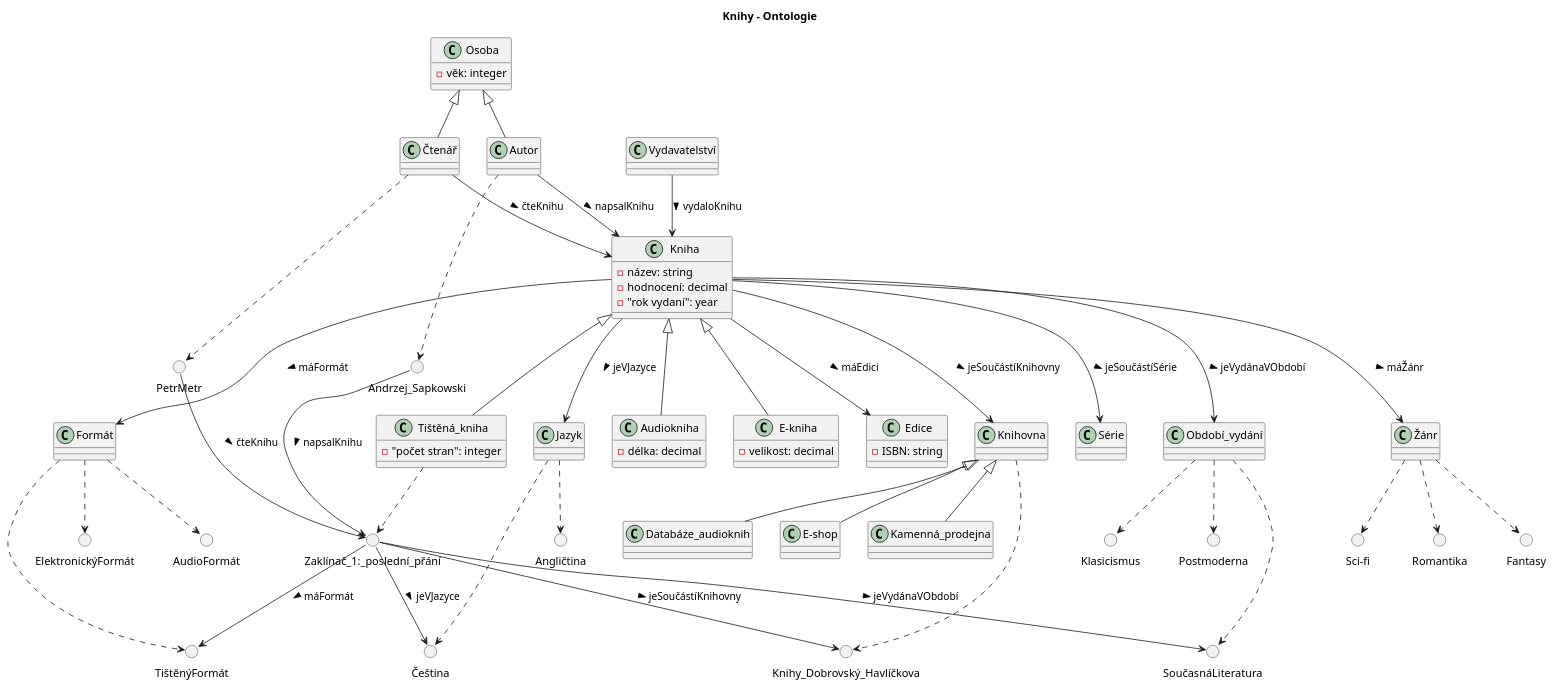
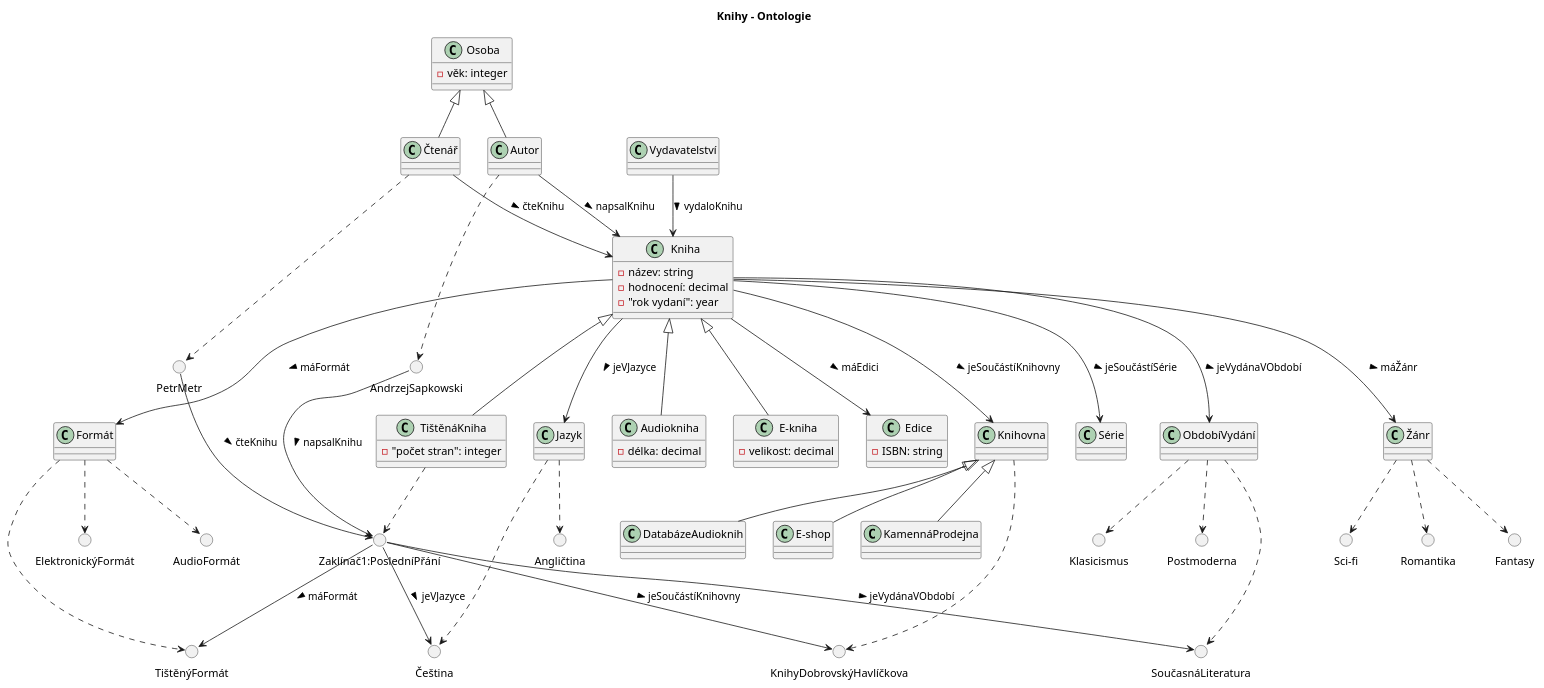
One commit to maxa-ondrej/4IZ232-umela-inteligence changed the diagram in protege/analyza/ontologie.puml. Above: the diagram before and after it, drawn with PlantUML. The commit also changed 1 other file, not shown here.

```diff
--- a/protege/analyza/ontologie.puml
+++ b/protege/analyza/ontologie.puml
@@ -1,106 +1,106 @@
 @startuml
 
 title Knihy - Ontologie
     
 class "Kniha" {
     - název: string
     - hodnocení: decimal
     - "rok vydaní": year
 }
 
-class "Tištěná_kniha" {
+class "TištěnáKniha" {
     - "počet stran": integer
 }
-Kniha <|-- "Tištěná_kniha"
-() "Zaklínač_1:_poslední_přání"
-"Tištěná_kniha" ..> "Zaklínač_1:_poslední_přání"
+Kniha <|-- "TištěnáKniha"
+() "Zaklínač1:PosledníPřání"
+"TištěnáKniha" ..> "Zaklínač1:PosledníPřání"
 
 
 class "Audiokniha" {
     - délka: decimal
 }
 Kniha <|-- "Audiokniha"
 
 class "E-kniha" {
     - velikost: decimal
 }
 Kniha <|-- "E-kniha"
 
 class "Osoba" {
     - věk: integer
 }
 
 class "Čtenář"
 Osoba <|-- "Čtenář"
 "Čtenář" --> "Kniha" : čteKnihu >
 () "PetrMetr"
 "Čtenář" ..> "PetrMetr"
-"PetrMetr" --> "Zaklínač_1:_poslední_přání" : čteKnihu >
+"PetrMetr" --> "Zaklínač1:PosledníPřání" : čteKnihu >
 
 class "Autor"
 Osoba <|-- "Autor"
 "Autor" --> "Kniha" : napsalKnihu >
-() "Andrzej_Sapkowski"
-"Autor" ..> "Andrzej_Sapkowski"
-"Andrzej_Sapkowski" --> "Zaklínač_1:_poslední_přání" : napsalKnihu >
+() "AndrzejSapkowski"
+"Autor" ..> "AndrzejSapkowski"
+"AndrzejSapkowski" --> "Zaklínač1:PosledníPřání" : napsalKnihu >
 
 class "Edice" {
     - ISBN: string
 }
 "Kniha" --> "Edice" : máEdici >
 
 class "Formát"
 "Kniha" --> "Formát" : máFormát >
 () "TištěnýFormát"
 "Formát" ..> "TištěnýFormát"
-"Zaklínač_1:_poslední_přání" --> "TištěnýFormát" : máFormát >
+"Zaklínač1:PosledníPřání" --> "TištěnýFormát" : máFormát >
 () "ElektronickýFormát"
 "Formát" ..> "ElektronickýFormát"
 () "AudioFormát"
 "Formát" ..> "AudioFormát"
 
 class "Jazyk"
 "Kniha" --> "Jazyk" : jeVJazyce >
 () "Čeština"
 "Jazyk" ..> "Čeština"
-"Zaklínač_1:_poslední_přání" --> "Čeština" : jeVJazyce >
+"Zaklínač1:PosledníPřání" --> "Čeština" : jeVJazyce >
 () "Angličtina"
 "Jazyk" ..> "Angličtina"
 
 class "Knihovna"
 "Kniha" --> "Knihovna" : jeSoučástíKnihovny >
-class "Databáze_audioknih"
-Knihovna <|-- "Databáze_audioknih"
+class "DatabázeAudioknih"
+Knihovna <|-- "DatabázeAudioknih"
 class "E-shop"
 Knihovna <|-- "E-shop"
-class "Kamenná_prodejna"
-Knihovna <|-- "Kamenná_prodejna"
-() "Knihy_Dobrovský_Havlíčkova"
-"Knihovna" ..> "Knihy_Dobrovský_Havlíčkova"
-"Zaklínač_1:_poslední_přání" --> "Knihy_Dobrovský_Havlíčkova" : jeSoučástíKnihovny >
+class "KamennáProdejna"
+Knihovna <|-- "KamennáProdejna"
+() "KnihyDobrovskýHavlíčkova"
+"Knihovna" ..> "KnihyDobrovskýHavlíčkova"
+"Zaklínač1:PosledníPřání" --> "KnihyDobrovskýHavlíčkova" : jeSoučástíKnihovny >
 
 class "Žánr"
 "Kniha" --> "Žánr" : máŽánr >
 () "Fantasy"
 "Žánr" ..> "Fantasy"
 () "Sci-fi"
 "Žánr" ..> "Sci-fi"
 () "Romantika"
 "Žánr" ..> "Romantika"
 
-class "Období_vydání"
-"Kniha" --> "Období_vydání" : jeVydánaVObdobí >
+class "ObdobíVydání"
+"Kniha" --> "ObdobíVydání" : jeVydánaVObdobí >
 () "Klasicismus"
-"Období_vydání" ..> "Klasicismus"
+"ObdobíVydání" ..> "Klasicismus"
 () "Postmoderna"
-"Období_vydání" ..> "Postmoderna"
+"ObdobíVydání" ..> "Postmoderna"
 () "SoučasnáLiteratura"
-"Období_vydání" ..> "SoučasnáLiteratura"
-"Zaklínač_1:_poslední_přání" --> "SoučasnáLiteratura" : jeVydánaVObdobí >
+"ObdobíVydání" ..> "SoučasnáLiteratura"
+"Zaklínač1:PosledníPřání" --> "SoučasnáLiteratura" : jeVydánaVObdobí >
 
 class "Série"
 "Kniha" --> "Série" : jeSoučástíSérie >
 class "Vydavatelství"
 "Vydavatelství" --> "Kniha" : vydaloKnihu >
 
 @enduml
```
